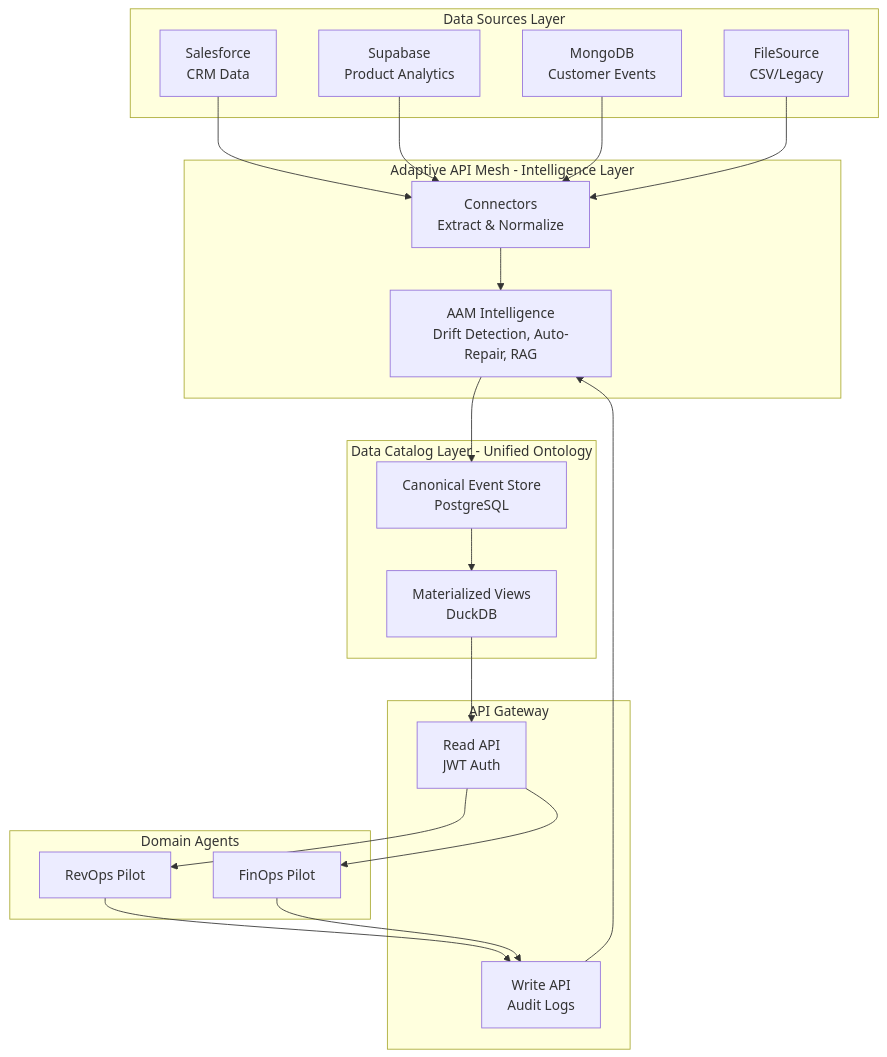
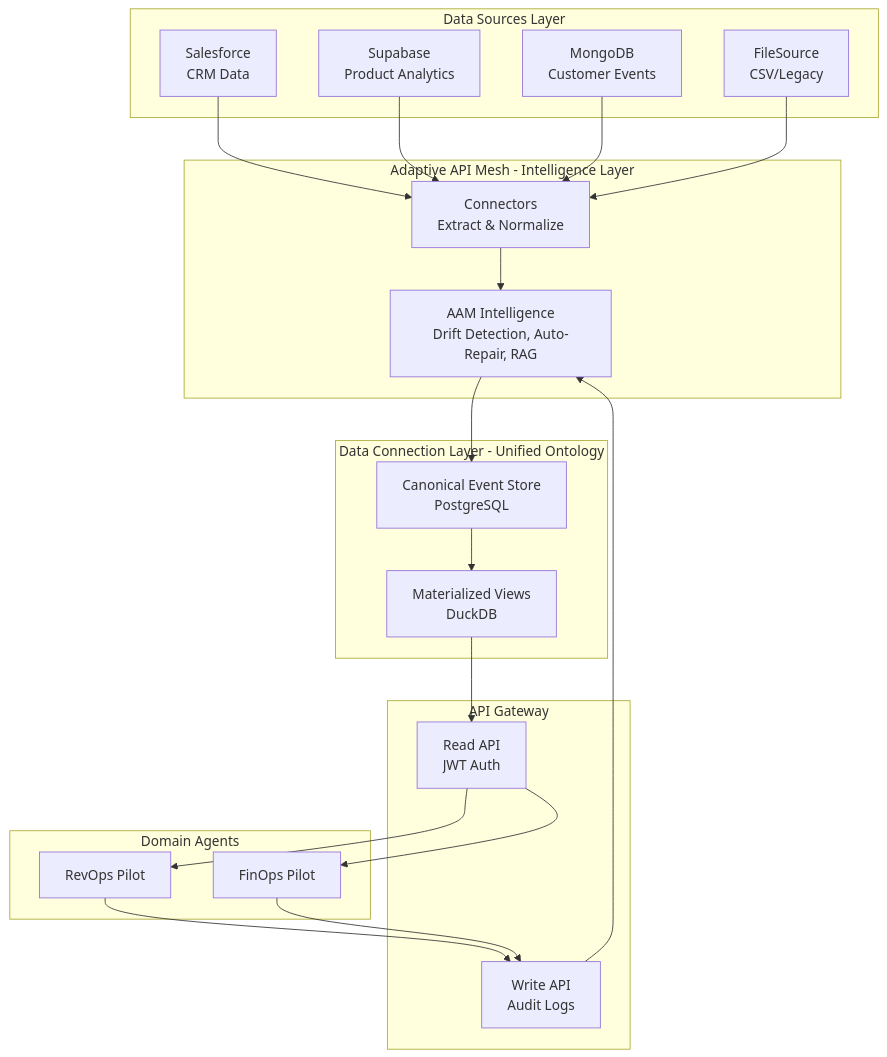
One commit to ilyacantor/autonomos-platform changed the second of 9 diagrams in ARCHITECTURE.md. Above: the diagram before and after it, drawn with Mermaid. The commit also changed other lines of this file and 3 other files, not shown here.

First line of the commit message:
Update documentation to reflect Data Connection Layer terminology

````diff
--- a/ARCHITECTURE.md
+++ b/ARCHITECTURE.md
@@ -53,38 +53,38 @@
 ```mermaid
 flowchart TB
   subgraph Sources["Data Sources Layer"]
     SF["Salesforce<br/>CRM Data"]
     SB["Supabase<br/>Product Analytics"]
     MG["MongoDB<br/>Customer Events"]
     FS["FileSource<br/>CSV/Legacy"]
   end
 
   subgraph AAM["Adaptive API Mesh - Intelligence Layer"]
     CONN["Connectors<br/>Extract & Normalize"]
     INTEL["AAM Intelligence<br/>Drift Detection, Auto-Repair, RAG"]
   end
 
-  subgraph DCL["Data Catalog Layer - Unified Ontology"]
+  subgraph DCL["Data Connection Layer - Unified Ontology"]
     CANON["Canonical Event Store<br/>PostgreSQL"]
     MAT["Materialized Views<br/>DuckDB"]
   end
 
   subgraph Gateway["API Gateway"]
     READ["Read API<br/>JWT Auth"]
     WRITE["Write API<br/>Audit Logs"]
   end
 
   subgraph Agents["Domain Agents"]
     REVOPS["RevOps Pilot"]
     FINOPS["FinOps Pilot"]
   end
 
   SF & SB & MG & FS --> CONN
   CONN --> INTEL
   INTEL --> CANON
   CANON --> MAT
   MAT --> READ
   READ --> REVOPS & FINOPS
   REVOPS & FINOPS --> WRITE
   WRITE --> INTEL
 ```
````
